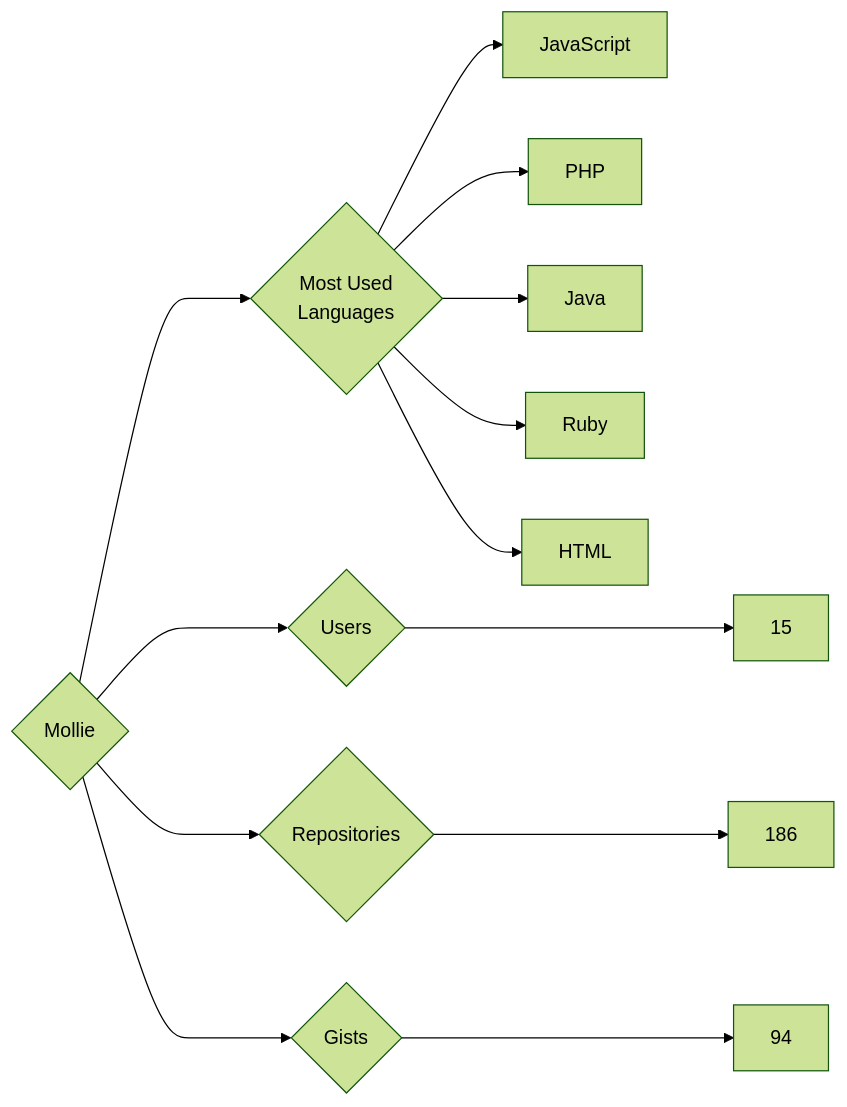
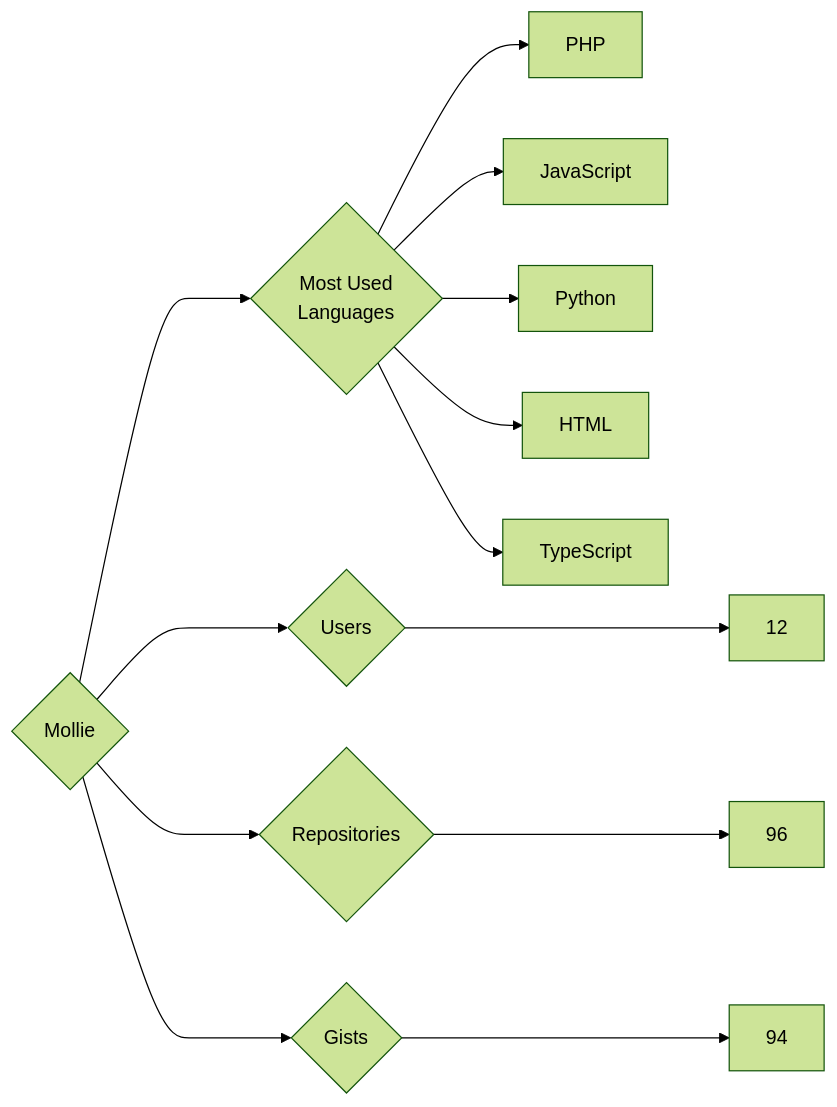
Before and after one commit to trickest/insiders: the diagram in targets/Mollie/README.md, drawn with Mermaid (forest theme). The commit also changed 1248 other files, not shown here.

````diff
--- a/targets/Mollie/README.md
+++ b/targets/Mollie/README.md
@@ -3,13 +3,13 @@
 ```mermaid
 graph LR
 COMPANY_NAME{Mollie}
-COMPANY_NAME ---> U{Users} ---> UN[15]
-COMPANY_NAME ---> R{Repositories} ---> RN[186]
+COMPANY_NAME ---> U{Users} ---> UN[12]
+COMPANY_NAME ---> R{Repositories} ---> RN[96]
 COMPANY_NAME ---> G{Gists} ---> GN[94]
 COMPANY_NAME ---> ML{Most Used<br>Languages}
+ML --> PHP[PHP]
 ML --> JavaScript[JavaScript]
-ML --> PHP[PHP]
-ML --> Java[Java]
-ML --> Ruby[Ruby]
+ML --> Python[Python]
 ML --> HTML[HTML]
+ML --> TypeScript[TypeScript]
 ```
````
